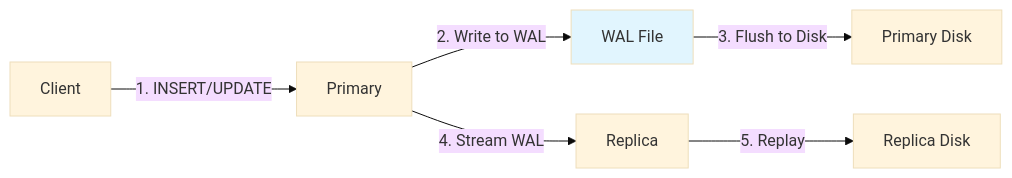
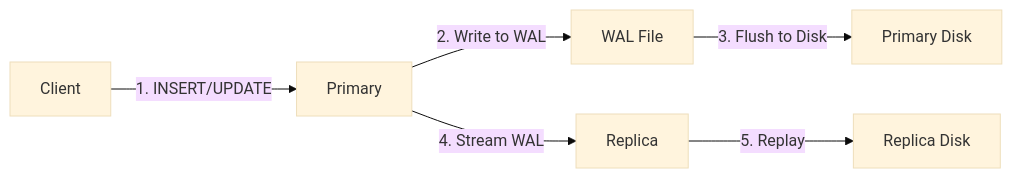
The second of 12 diagrams in docs/databases/004-replication-strategy.md (duynhlab/homelab), drawn with Mermaid (base theme) before and after one commit. The commit also changed other lines of this file and 110 other files, not shown here.

````diff
--- a/docs/databases/004-replication-strategy.md
+++ b/docs/databases/004-replication-strategy.md
@@ -73,10 +95,8 @@
 ```mermaid
 flowchart LR
     Client[Client] -->|1. INSERT/UPDATE| Primary[Primary]
     Primary -->|2. Write to WAL| WAL[WAL File]
     WAL -->|3. Flush to Disk| Disk1[Primary Disk]
     Primary -->|4. Stream WAL| Replica[Replica]
     Replica -->|5. Replay| Disk2[Replica Disk]
-
-    style WAL fill:#e1f5fe
 ```
````
